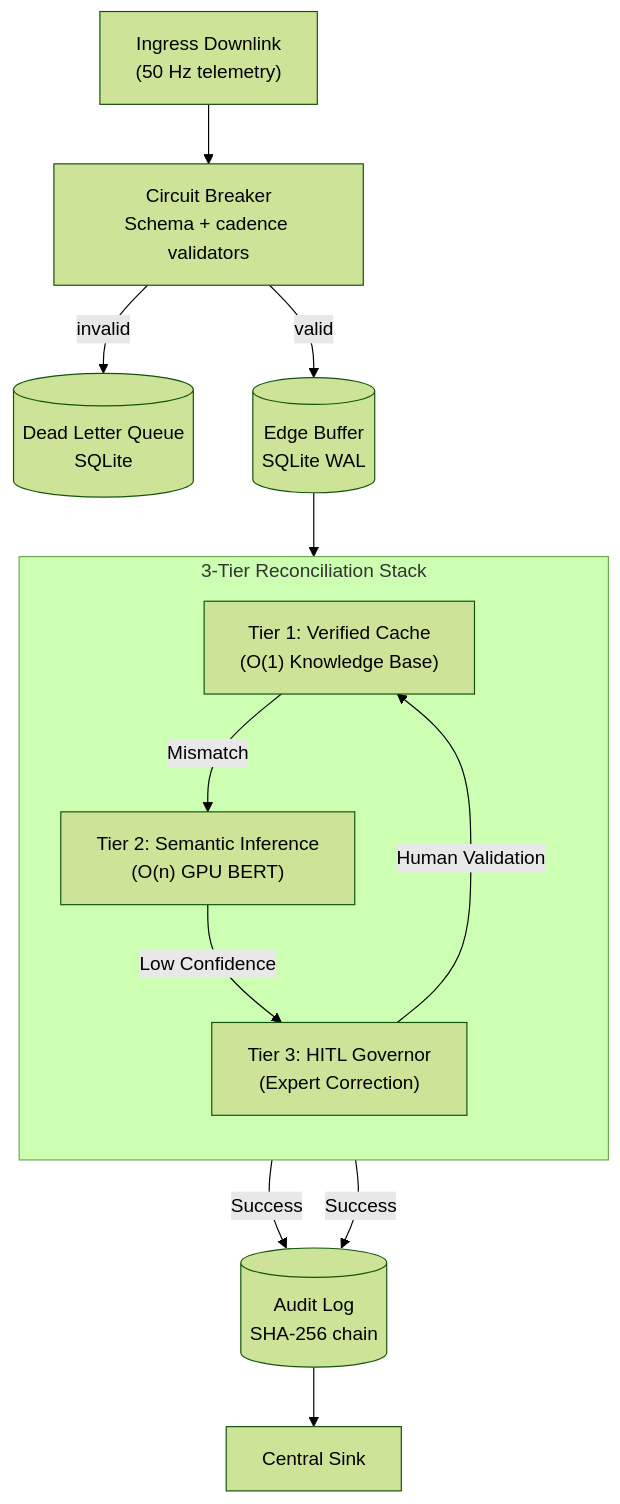
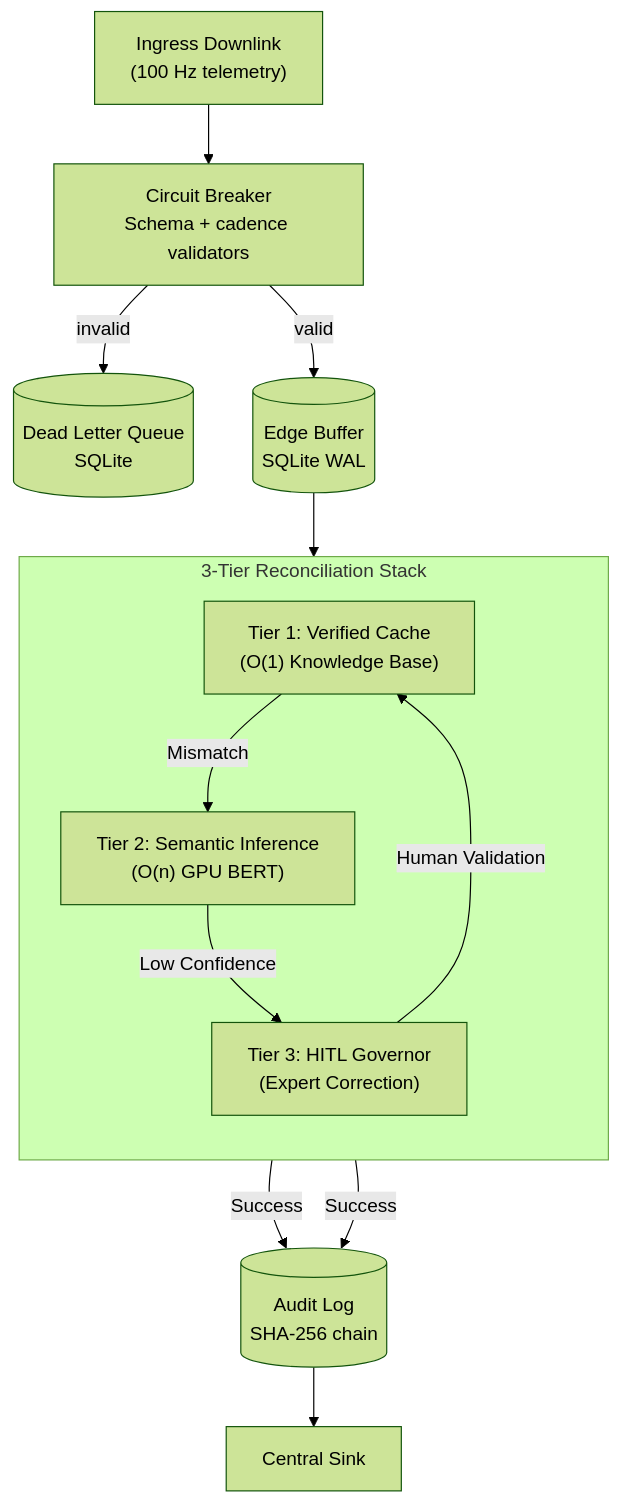
The diagram in README.md (tarek-clarke/Web-Scraping-Demo), drawn with Mermaid (forest theme) before and after one commit. The commit also changed other lines of this file and 15 other files, not shown here.

````diff
--- a/README.md
+++ b/README.md
@@ -45,29 +45,29 @@
 ```mermaid
 flowchart TD
-    RF["Ingress Downlink<br/>(50 Hz telemetry)"]
+    RF["Ingress Downlink<br/>(100 Hz telemetry)"]
     CB["Circuit Breaker<br/>Schema + cadence validators"]
     
     subgraph RECON["3-Tier Reconciliation Stack"]
         direction TB
         CACHE["Tier 1: Verified Cache<br/>(O(1) Knowledge Base)"]
         BERT["Tier 2: Semantic Inference<br/>(O(n) GPU BERT)"]
         HITL["Tier 3: HITL Governor<br/>(Expert Correction)"]
         
         CACHE -- "Mismatch" --> BERT
         BERT -- "Low Confidence" --> HITL
         HITL -- "Human Validation" --> CACHE
     end
     
     DLQ[("Dead Letter Queue<br/>SQLite")]
     EDGE[("Edge Buffer<br/>SQLite WAL")]
     AUDIT[("Audit Log<br/>SHA-256 chain")]
     SINK["Central Sink"]
 
     RF --> CB
     CB -->|invalid| DLQ
     CB -->|valid| EDGE
     EDGE --> CACHE
     CACHE -- "Success" --> AUDIT
     BERT -- "Success" --> AUDIT
     AUDIT --> SINK
 ```
````
